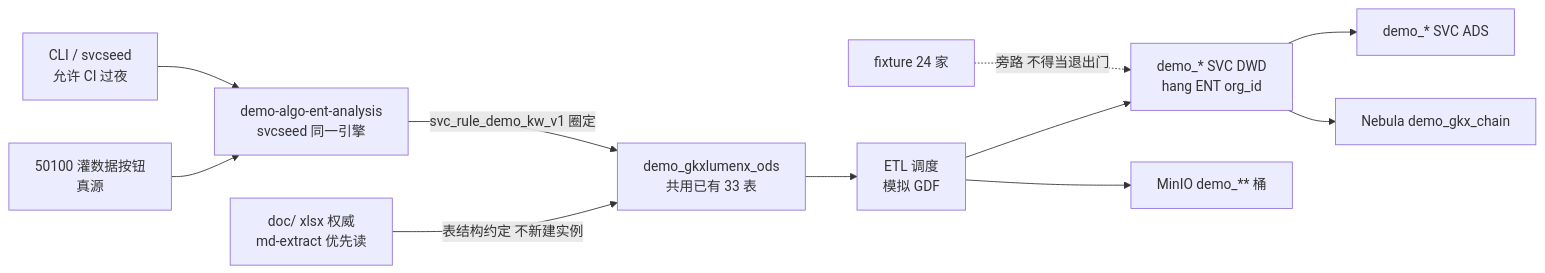
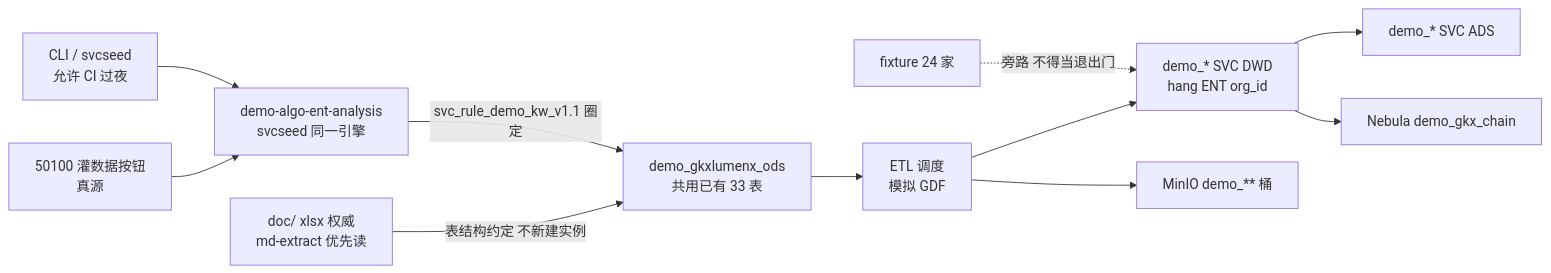
One commit to Marisolebxf/- changed the fifth of 5 diagrams in agent-delivery/data/data-design/storage/SVC/01-data-flow.md. Above: the diagram before and after it, drawn with Mermaid. The commit also changed other lines of this file and 10 other files, not shown here.

````diff
--- a/agent-delivery/data/data-design/storage/SVC/01-data-flow.md
+++ b/agent-delivery/data/data-design/storage/SVC/01-data-flow.md
@@ -231,13 +231,13 @@
 ```mermaid
 flowchart LR
   DOC["doc/ xlsx 权威<br/>md-extract 优先读"] -->|表结构约定 不新建实例| ODS["demo_gkxlumenx_ods<br/>共用已有 33 表"]
   LAB["50100 灌数据按钮<br/>真源"] --> PY["demo-algo-ent-analysis<br/>svcseed 同一引擎"]
   CLI["CLI / svcseed<br/>允许 CI 过夜"] --> PY
-  PY -->|svc_rule_demo_kw_v1 圈定| ODS
+  PY -->|svc_rule_demo_kw_v1.1 圈定| ODS
   ODS --> ETL["ETL 调度<br/>模拟 GDF"]
   ETL --> DWD["demo_* SVC DWD<br/>hang ENT org_id"]
   DWD --> ADS["demo_* SVC ADS"]
   DWD --> NEB["Nebula demo_gkx_chain"]
   ETL --> MINIO["MinIO demo_** 桶"]
   FIX["fixture 24 家"] -.->|旁路 不得当退出门| DWD
 ```
````
